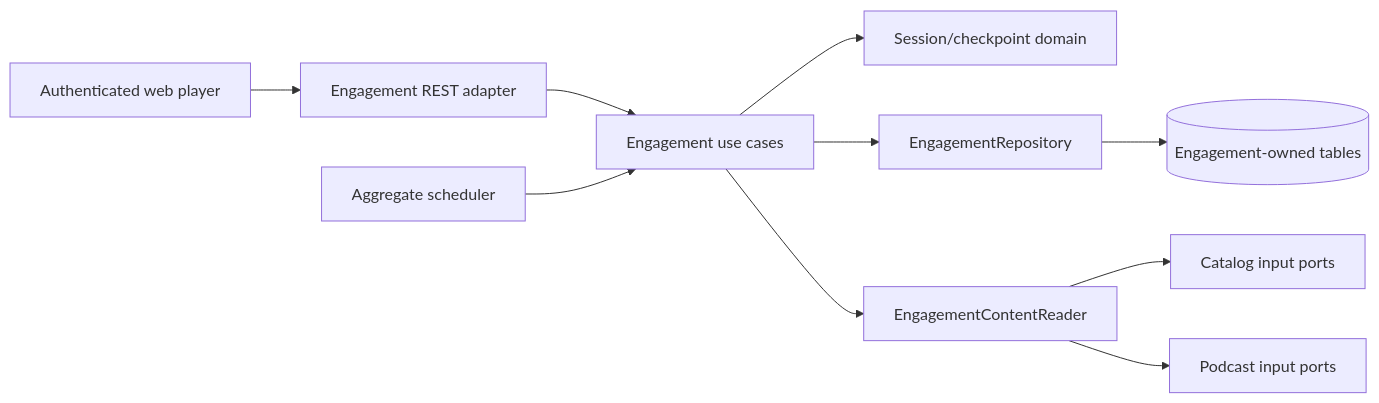
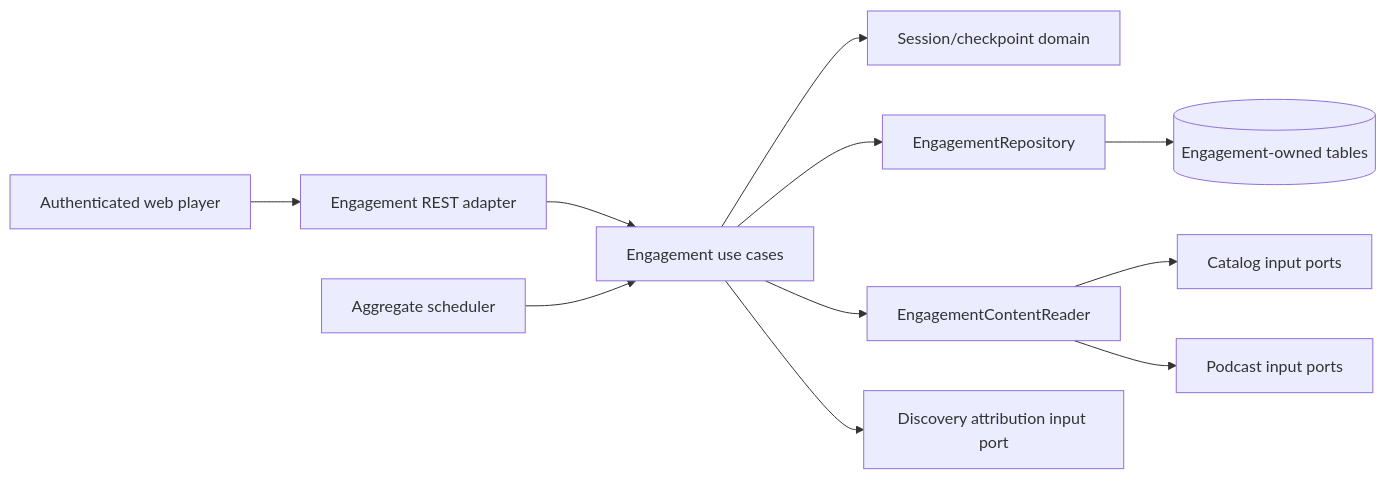
Before and after one commit to Shakvilla/beatzmedia: the diagram in backend/docs/architecture/engagement.md, drawn with Mermaid. The commit also changed other lines of this file and 155 other files, not shown here.

````diff
--- a/backend/docs/architecture/engagement.md
+++ b/backend/docs/architecture/engagement.md
@@ -18,12 +18,13 @@
 ```mermaid
 flowchart LR
   WEB[Authenticated web player] --> REST[Engagement REST adapter]
   REST --> APP[Engagement use cases]
   APP --> DOM[Session/checkpoint domain]
   APP --> REPO[EngagementRepository]
   REPO --> DB[(Engagement-owned tables)]
   APP --> CONTENT[EngagementContentReader]
   CONTENT --> CAT[Catalog input ports]
   CONTENT --> POD[Podcast input ports]
+  APP --> ATTR[Discovery attribution input port]
   JOB[Aggregate scheduler] --> APP
 ```
````
